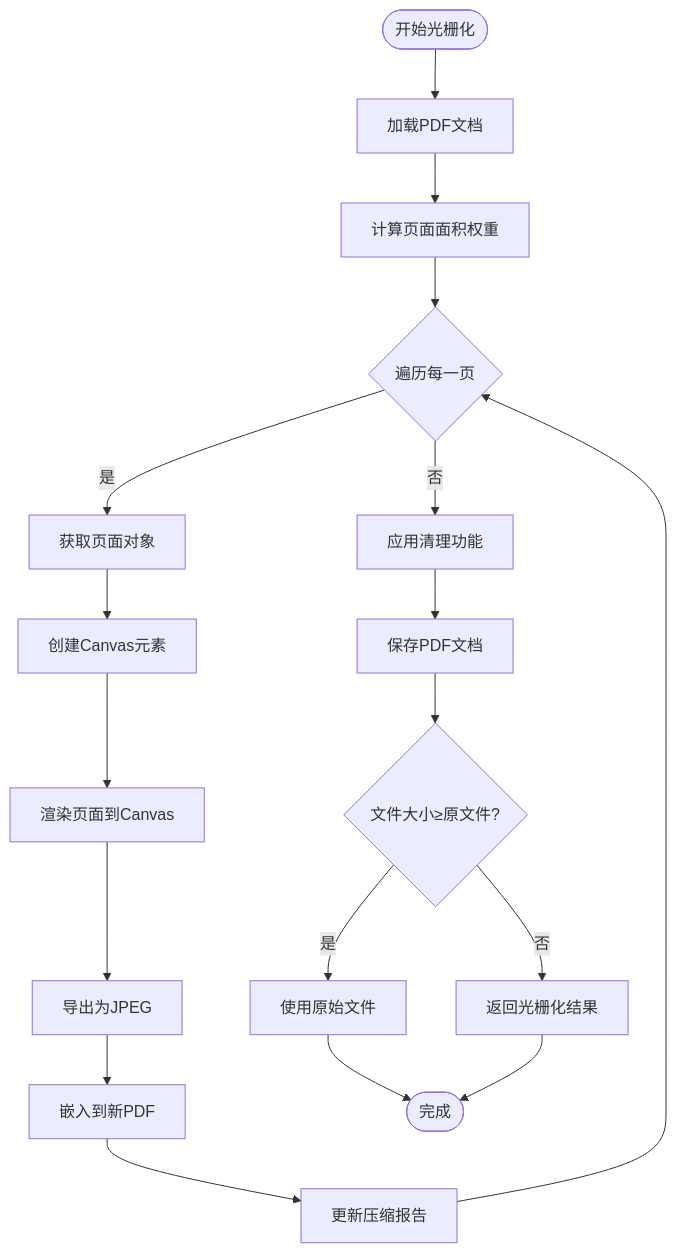
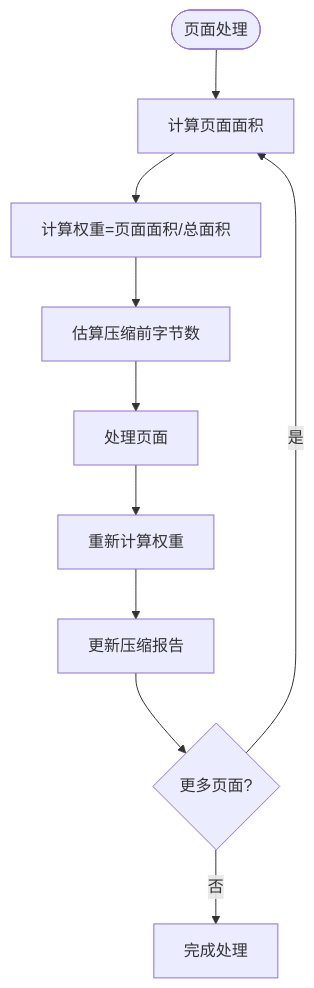
Before and after one commit to sgyy/privadeck: the sixth of 9 diagrams in .qoder/repowiki/zh/content/PDF工具/PDF压缩工具.md, drawn with Mermaid. The commit also changed other lines of this file and 48 other files, not shown here.

````diff
--- a/.qoder/repowiki/zh/content/PDF工具/PDF压缩工具.md
+++ b/.qoder/repowiki/zh/content/PDF工具/PDF压缩工具.md
@@ -295,20 +364,12 @@
 ```mermaid
 flowchart TD
-Start([开始光栅化]) --> LoadPDF["加载PDF文档"]
-LoadPDF --> ComputeAreas["计算页面面积权重"]
-ComputeAreas --> LoopPages{"遍历每一页"}
-LoopPages --> |是| GetPage["获取页面对象"]
-GetPage --> CreateCanvas["创建Canvas元素"]
-CreateCanvas --> RenderPage["渲染页面到Canvas"]
-RenderPage --> ExportJPEG["导出为JPEG"]
-ExportJPEG --> EmbedImage["嵌入到新PDF"]
-EmbedImage --> UpdateReport["更新压缩报告"]
-UpdateReport --> LoopPages
-LoopPages --> |否| ApplyCleanup["应用清理功能"]
-ApplyCleanup --> SavePDF["保存PDF文档"]
-SavePDF --> CheckFallback{"文件大小≥原文件?"}
-CheckFallback --> |是| UseOriginal["使用原始文件"]
-CheckFallback --> |否| ReturnResult["返回光栅化结果"]
-UseOriginal --> End([完成])
-ReturnResult --> End
+Start([页面处理]) --> CalcArea["计算页面面积"]
+CalcArea --> WeightCalc["计算权重=页面面积/总面积"]
+WeightCalc --> EstimateBytes["估算压缩前字节数"]
+EstimateBytes --> ProcessPage["处理页面"]
+ProcessPage --> RecomputeWeight["重新计算权重"]
+RecomputeWeight --> UpdateReport["更新压缩报告"]
+UpdateReport --> NextPage{"更多页面?"}
+NextPage --> |是| CalcArea
+NextPage --> |否| Finalize["完成处理"]
 ```
````
